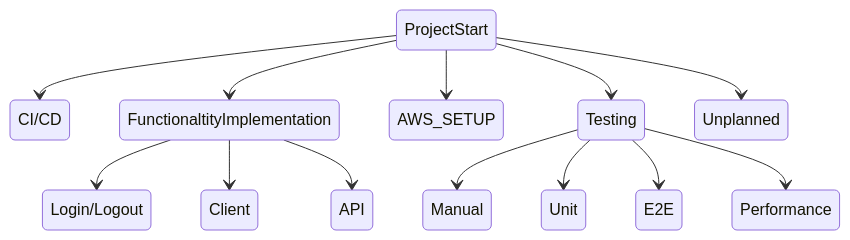
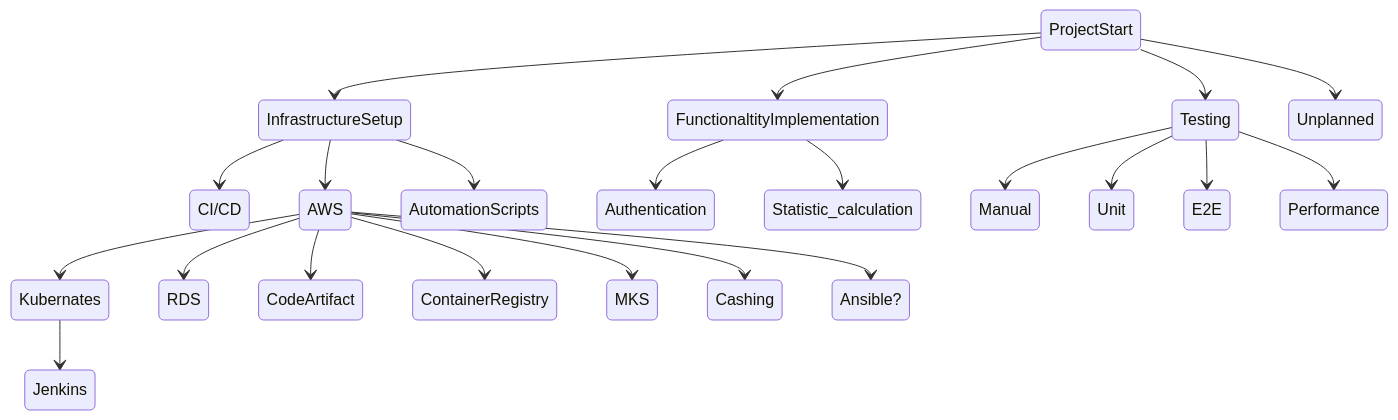
One commit to pauldaniv/yellow-taxi changed the diagram in README.md. Above: the diagram before and after it, drawn with Mermaid.

Commit message:
Update WBS diagram

````diff
--- a/README.md
+++ b/README.md
@@ -6,16 +6,25 @@
 ```mermaid
 stateDiagram-v2
-    ProjectStart --> CI/CD
+    ProjectStart --> InfrastructureSetup
+        InfrastructureSetup --> CI/CD
+        InfrastructureSetup --> AWS
+            AWS --> Kubernates
+                Kubernates --> Jenkins
+            AWS --> RDS
+            AWS --> CodeArtifact
+            AWS --> ContainerRegistry
+            AWS --> MKS
+            AWS --> Cashing
+            AWS --> Ansible?
+        InfrastructureSetup --> AutomationScripts
     ProjectStart --> FunctionaltityImplementation
-    FunctionaltityImplementation --> Login/Logout
-    FunctionaltityImplementation --> Client
-    FunctionaltityImplementation --> API
-    ProjectStart --> AWS_SETUP
+        FunctionaltityImplementation --> Authentication
+        FunctionaltityImplementation --> Statistic_calculation
     ProjectStart --> Testing
-    Testing --> Manual
-    Testing --> Unit
-    Testing --> E2E
-    Testing --> Performance
+        Testing --> Manual
+        Testing --> Unit
+        Testing --> E2E
+        Testing --> Performance
     ProjectStart --> Unplanned
     
 ```
````
